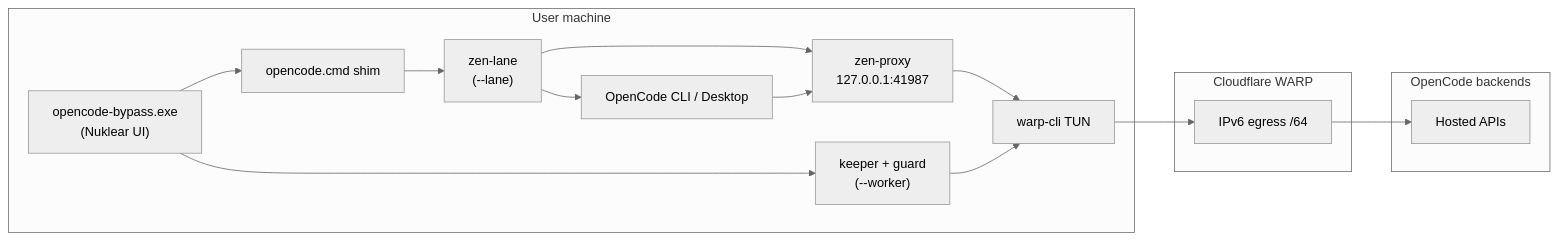
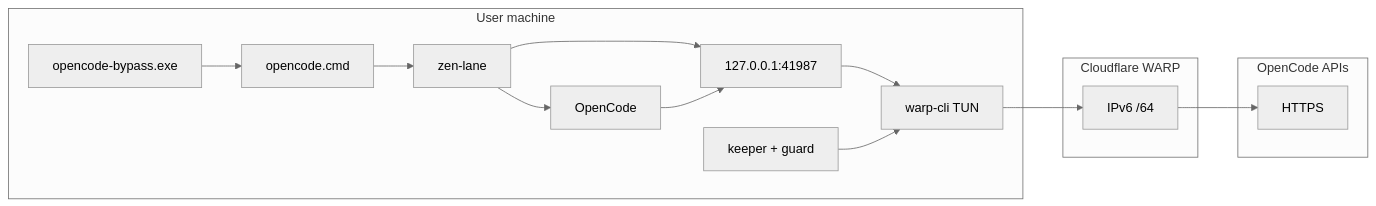
The first of 2 diagrams in README.md (dekus/opencode-bypass), drawn with Mermaid (neutral theme) before and after one commit. The commit also changed other lines of this file, not shown here.

````diff
--- a/README.md
+++ b/README.md
@@ -29,28 +25,27 @@
 ```mermaid
 flowchart LR
   subgraph User["User machine"]
-    UI["opencode-bypass.exe\n(Nuklear UI)"]
-    SHIM["opencode.cmd shim"]
-    LANE["zen-lane\n(--lane)"]
-    PROXY["zen-proxy\n127.0.0.1:41987"]
-    CLI["OpenCode CLI / Desktop"]
-    WK["keeper + guard\n(--worker)"]
+    UI["opencode-bypass.exe"]
+    SHIM["opencode.cmd"]
+    LANE["zen-lane"]
+    PROXY["127.0.0.1:41987"]
+    CLI["OpenCode"]
+    WK["keeper + guard"]
     WARP["warp-cli TUN"]
   end
   subgraph CF["Cloudflare WARP"]
-    EGRESS["IPv6 egress /64"]
+    EGRESS["IPv6 /64"]
   end
-  subgraph OC["OpenCode backends"]
-    API["Hosted APIs"]
+  subgraph OC["OpenCode APIs"]
+    API["HTTPS"]
   end
   UI --> SHIM
   SHIM --> LANE
   LANE --> PROXY
   LANE --> CLI
   PROXY --> WARP
   CLI --> PROXY
   WARP --> EGRESS
   EGRESS --> API
   WK --> WARP
-  UI --> WK
 ```
````
